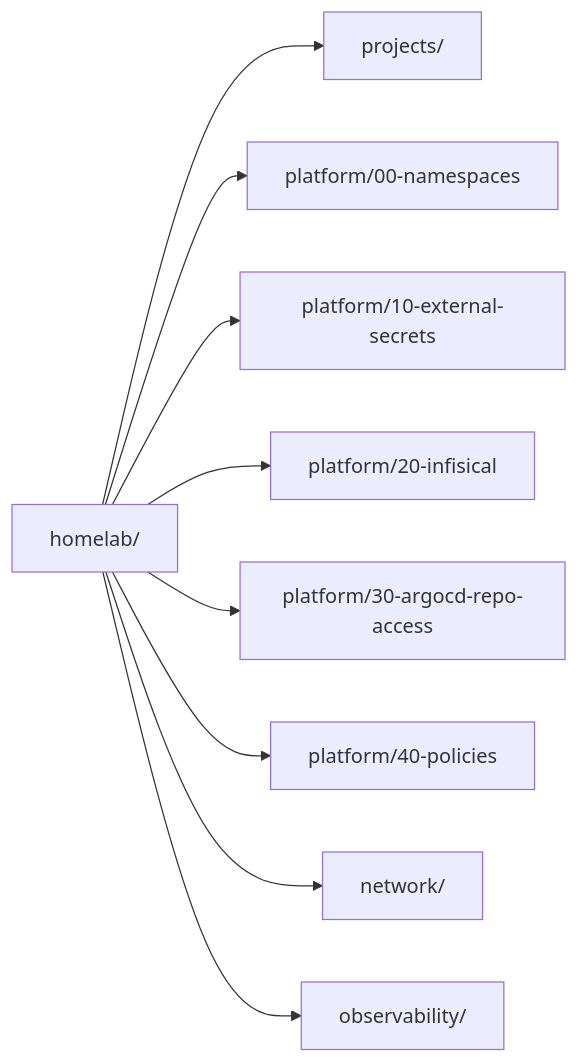
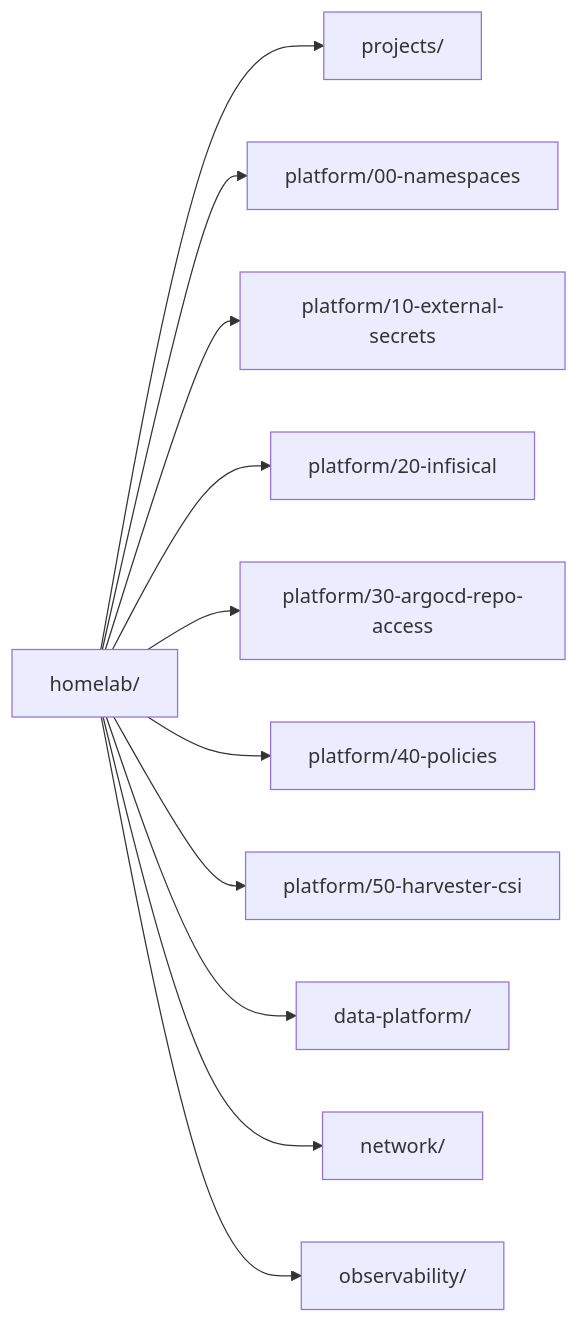
Before and after one commit to yanglianglu/homelab-platform: the diagram in kubernetes/clusters/homelab/README.md, drawn with Mermaid. The commit also changed other lines of this file and 60 other files, not shown here.

Commit message:
feat: manage harvester csi with argocd

````diff
--- a/kubernetes/clusters/homelab/README.md
+++ b/kubernetes/clusters/homelab/README.md
@@ -13,11 +13,13 @@
 ```mermaid
 flowchart LR
   Root["homelab/"] --> Projects["projects/"]
   Root --> Namespaces["platform/00-namespaces"]
   Root --> ExternalSecrets["platform/10-external-secrets"]
   Root --> Infisical["platform/20-infisical"]
   Root --> RepoAccess["platform/30-argocd-repo-access"]
   Root --> Policies["platform/40-policies"]
+  Root --> HarvesterCSI["platform/50-harvester-csi"]
+  Root --> DataPlatform["data-platform/"]
   Root --> Network["network/"]
   Root --> Observability["observability/"]
 ```
````
